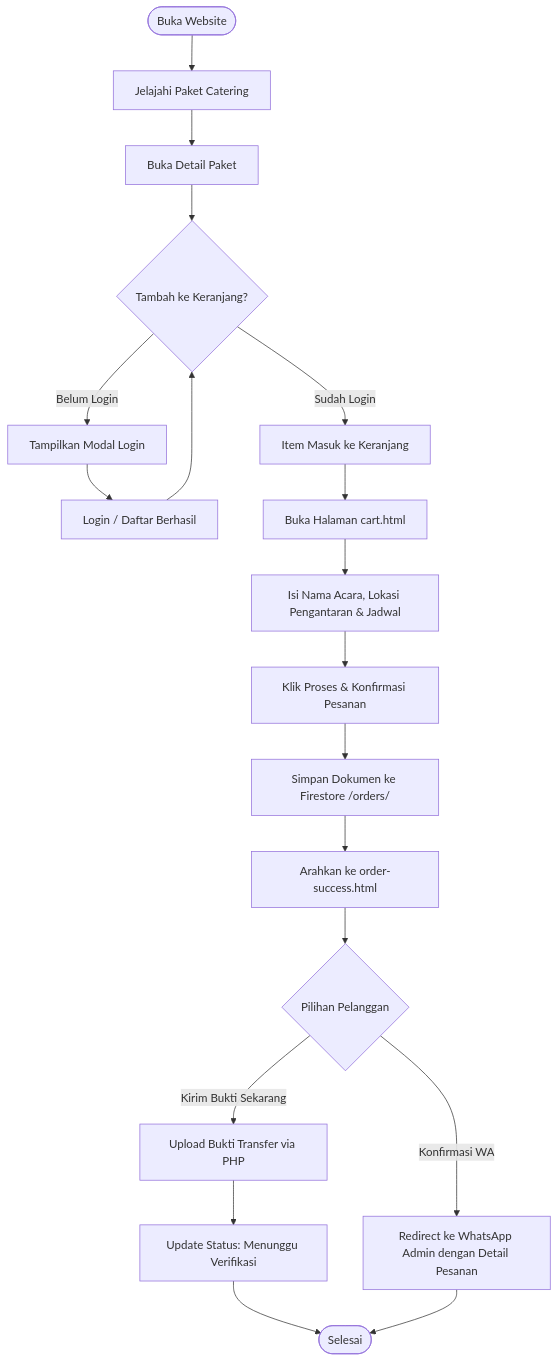
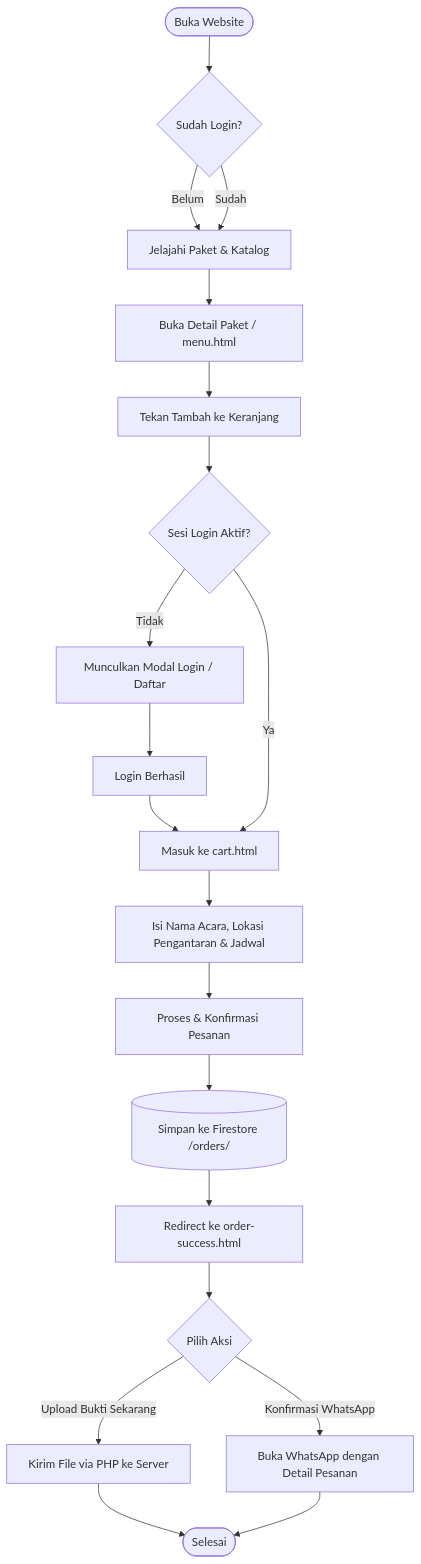
The second of 3 diagrams in readme.md (adriannicholasl/nadyacatering), drawn with Mermaid before and after one commit. The commit also changed other lines of this file, not shown here.

````diff
--- a/readme.md
+++ b/readme.md
@@ -173,25 +156,24 @@
 ```mermaid
 flowchart TD
-    Start([Buka Website]) --> Browse[Jelajahi Paket Catering]
-    Browse --> ClickDetail[Buka Detail Paket]
-    ClickDetail --> AddCart{Tambah ke Keranjang?}
+    Start([Buka Website]) --> AuthCheck{Sudah Login?}
+    AuthCheck -- Belum --> Browse[Jelajahi Paket & Katalog]
+    AuthCheck -- Sudah --> Browse
+    Browse --> Detail[Buka Detail Paket / menu.html]
+    Detail --> AddCart[Tekan Tambah ke Keranjang]
     
-    AddCart -- Belum Login --> ShowModal[Tampilkan Modal Login]
-    ShowModal --> LoginSuccess[Login / Daftar Berhasil]
-    LoginSuccess --> AddCart
+    AddCart --> CheckLoginSession{Sesi Login Aktif?}
+    CheckLoginSession -- Tidak --> ShowModal[Munculkan Modal Login / Daftar]
+    ShowModal --> DoLogin[Login Berhasil] --> GoCart
+    CheckLoginSession -- Ya --> GoCart[Masuk ke cart.html]
     
-    AddCart -- Sudah Login --> InCart[Item Masuk ke Keranjang]
-    InCart --> OpenCart[Buka Halaman cart.html]
-    OpenCart --> InputDetails[Isi Nama Acara, Lokasi Pengantaran & Jadwal]
-    InputDetails --> SubmitOrder[Klik Proses & Konfirmasi Pesanan]
+    GoCart --> InputForm[Isi Nama Acara, Lokasi Pengantaran & Jadwal]
+    InputForm --> Submit[Proses & Konfirmasi Pesanan]
+    Submit --> SaveDB[(Simpan ke Firestore /orders/)]
+    SaveDB --> SuccessPage[Redirect ke order-success.html]
     
-    SubmitOrder --> SaveFirestore[Simpan Dokumen ke Firestore /orders/]
-    SaveFirestore --> RedirectSuccess[Arahkan ke order-success.html]
-    
-    RedirectSuccess --> Choice{Pilihan Pelanggan}
-    Choice -- Kirim Bukti Sekarang --> UploadFile[Upload Bukti Transfer via PHP]
-    UploadFile --> UpdateStatus[Update Status: Menunggu Verifikasi]
-    Choice -- Konfirmasi WA --> OpenWA[Redirect ke WhatsApp Admin dengan Detail Pesanan]
-    UpdateStatus --> Done([Selesai])
-    OpenWA --> Done
+    SuccessPage --> Opt{Pilih Aksi}
+    Opt -- Upload Bukti Sekarang --> UploadPHP[Kirim File via PHP ke Server]
+    Opt -- Konfirmasi WhatsApp --> OpenWA[Buka WhatsApp dengan Detail Pesanan]
+    UploadPHP --> Finish([Selesai])
+    OpenWA --> Finish
 ```
````
